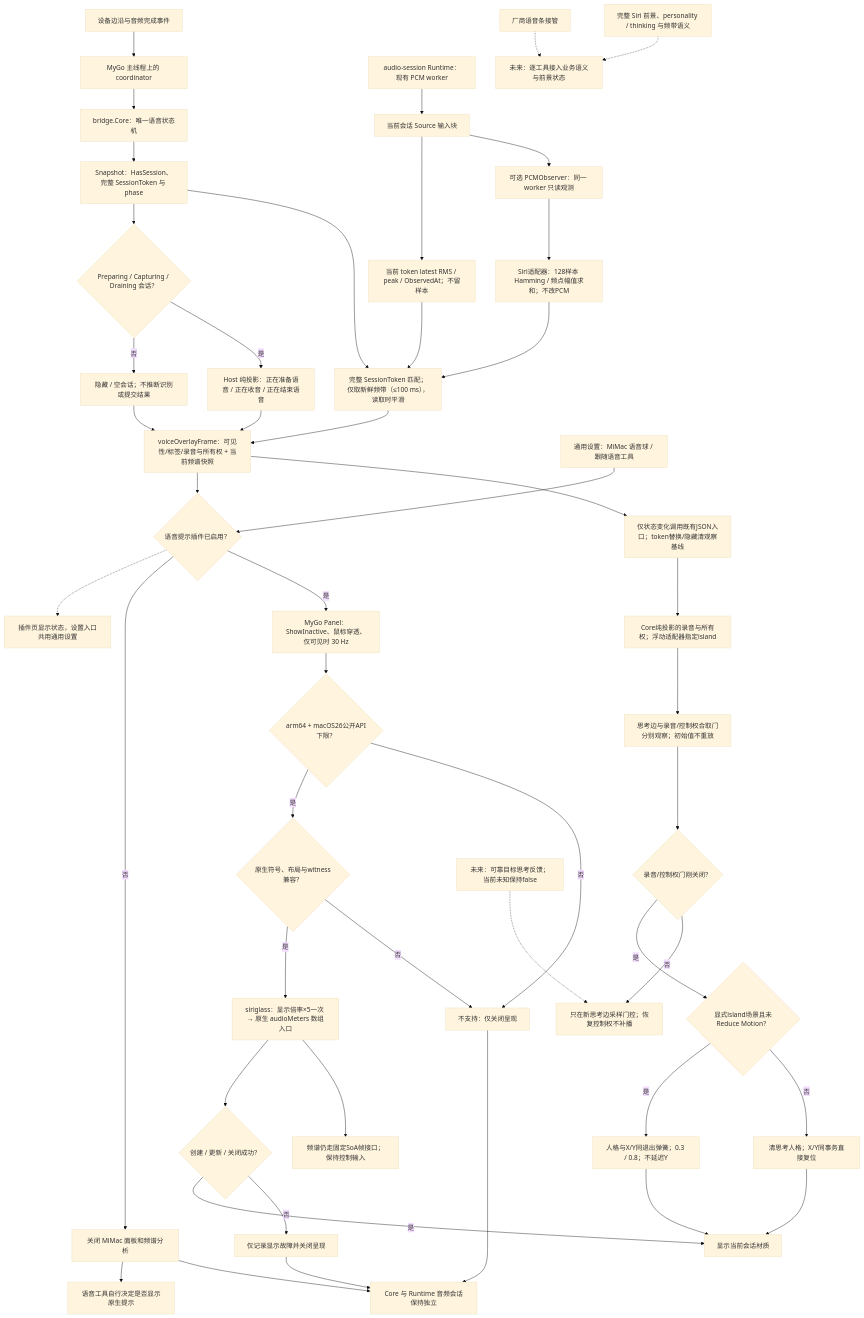
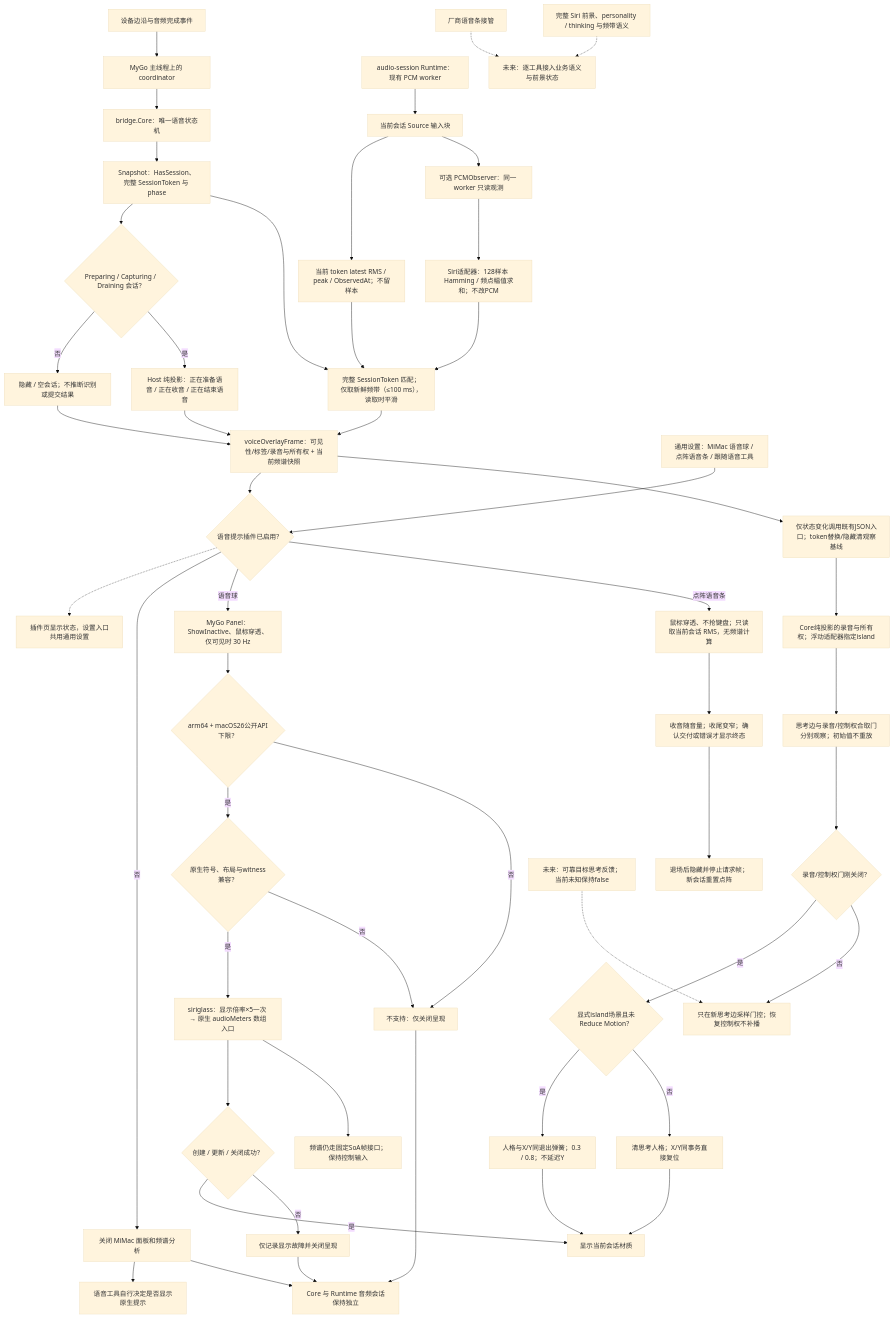
One commit to daftAI2026/MiMac changed the diagram in tools/workbench/diagrams/voice-presentation-boundary.mmd. Above: the diagram before and after it, drawn with Mermaid (base theme). The commit also changed 22 other files, not shown here.

```diff
--- a/tools/workbench/diagrams/voice-presentation-boundary.mmd
+++ b/tools/workbench/diagrams/voice-presentation-boundary.mmd
@@ -1,52 +1,55 @@
 flowchart TD
     input["设备边沿与音频完成事件"] --> owner["MyGo 主线程上的 coordinator"]
     owner --> core["bridge.Core：唯一语音状态机"]
     core --> snapshot["Snapshot：HasSession、完整 SessionToken 与 phase"]
     snapshot --> active{"Preparing / Capturing / Draining 会话？"}
     active -->|否| idle["隐藏 / 空会话；不推断识别或提交结果"]
     active -->|是| phase["Host 纯投影：正在准备语音 / 正在收音 / 正在结束语音"]
 
     runtime["audio-session Runtime：现有 PCM worker"] --> source["当前会话 Source 输入块"]
     source --> meter["当前 token latest RMS / peak / ObservedAt；不留样本"]
     source --> observer["可选 PCMObserver：同一 worker 只读观测"]
     observer --> spectrum["Siri适配器：128样本 Hamming / 频点幅值求和；不改PCM"]
     snapshot --> match["完整 SessionToken 匹配；仅取新鲜频带（≤100 ms），读取时平滑"]
     meter --> match
     spectrum --> match
     phase --> frame["voiceOverlayFrame：可见性/标签/录音与所有权 + 当前频谱快照"]
     match --> frame
     idle --> frame
 
-    preference["通用设置：MiMac 语音球 / 跟随语音工具"] --> enabled{"语音提示插件已启用？"}
+    preference["通用设置：MiMac 语音球 / 点阵语音条 / 跟随语音工具"] --> enabled{"语音提示插件已启用？"}
     enabled -.-> status["插件页显示状态，设置入口共用通用设置"]
     frame --> enabled
     enabled -->|否| hidden["关闭 MiMac 面板和频谱分析"]
     hidden --> toolDisplay["语音工具自行决定是否显示原生提示"]
-    enabled -->|是| panel["MyGo Panel：ShowInactive、鼠标穿透、仅可见时 30 Hz"]
+    enabled -->|语音球| panel["MyGo Panel：ShowInactive、鼠标穿透、仅可见时 30 Hz"]
+    enabled -->|点阵语音条| dots["鼠标穿透、不抢键盘；只读取当前会话 RMS，无频谱计算"]
+    dots --> motion["收音随音量；收尾变窄；确认交付或错误才显示终态"]
+    motion --> rest["退场后隐藏并停止请求帧；新会话重置点阵"]
     panel --> gate{"arm64 + macOS26公开API下限？"}
     gate -->|是| capability{"原生符号、布局与witness兼容？"}
     capability -->|是| renderer["siriglass：显示倍率×5一次 → 原生 audioMeters 数组入口"]
     capability -->|否| unsupported
     gate -->|否| unsupported["不支持：仅关闭呈现"]
     renderer --> operation{"创建 / 更新 / 关闭成功？"}
     operation -->|是| material["显示当前会话材质"]
     operation -->|否| failure["仅记录显示故障并关闭呈现"]
     hidden --> audio["Core 与 Runtime 音频会话保持独立"]
     unsupported --> audio
     failure --> audio
 
     vendor["厂商语音条接管"] -.-> future["未来：逐工具接入业务语义与前景状态"]
     siri["完整 Siri 前景、personality / thinking 与频带语义"] -.-> future
 
     explicit["Core纯投影的录音与所有权；浮动适配器指定island"] --> nativeEdges["思考边与录音/控制权合取门分别观察；初始值不重放"]
     frame --> controls["仅状态变化调用既有JSON入口；token替换/隐藏清观察基线"]
     controls --> explicit
     renderer --> arrays["频谱仍走固定SoA帧接口；保持控制输入"]
     nativeEdges --> exitGate{"录音/控制权门刚关闭？"}
     exitGate -->|是| exitScene{"显式island场景且未Reduce Motion？"}
     exitScene -->|是| resetAnimated["人格与X/Y同退出弹簧；0.3 / 0.8；不延迟Y"]
     exitScene -->|否| reset["清思考人格；X/Y同事务直接复位"]
     exitGate -->|否| thinkEdge["只在新思考边采样门控；恢复控制权不补播"]
     reset --> material
     resetAnimated --> material
     target["未来：可靠目标思考反馈；当前未知保持false"] -.-> thinkEdge
```
